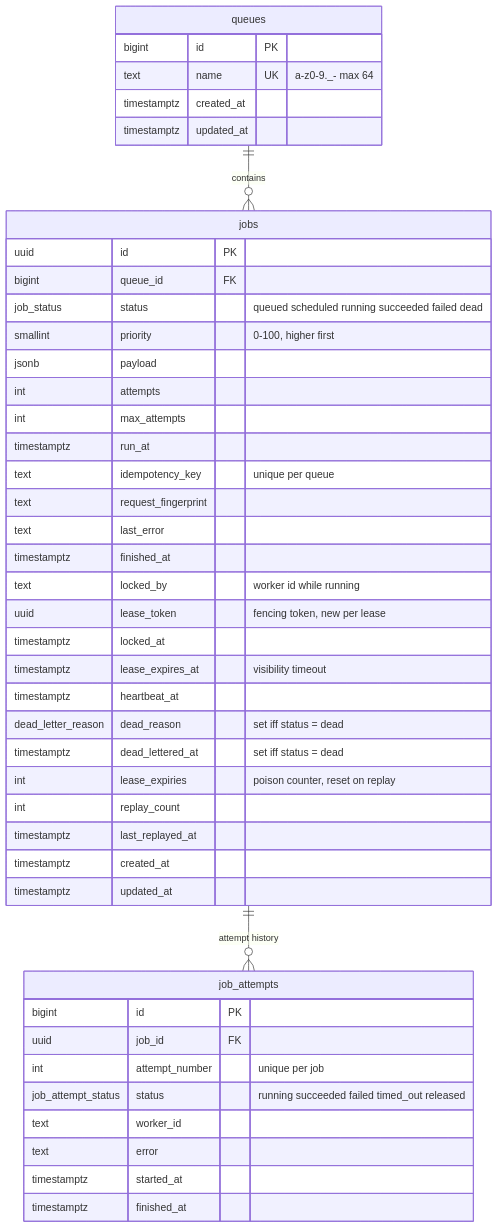
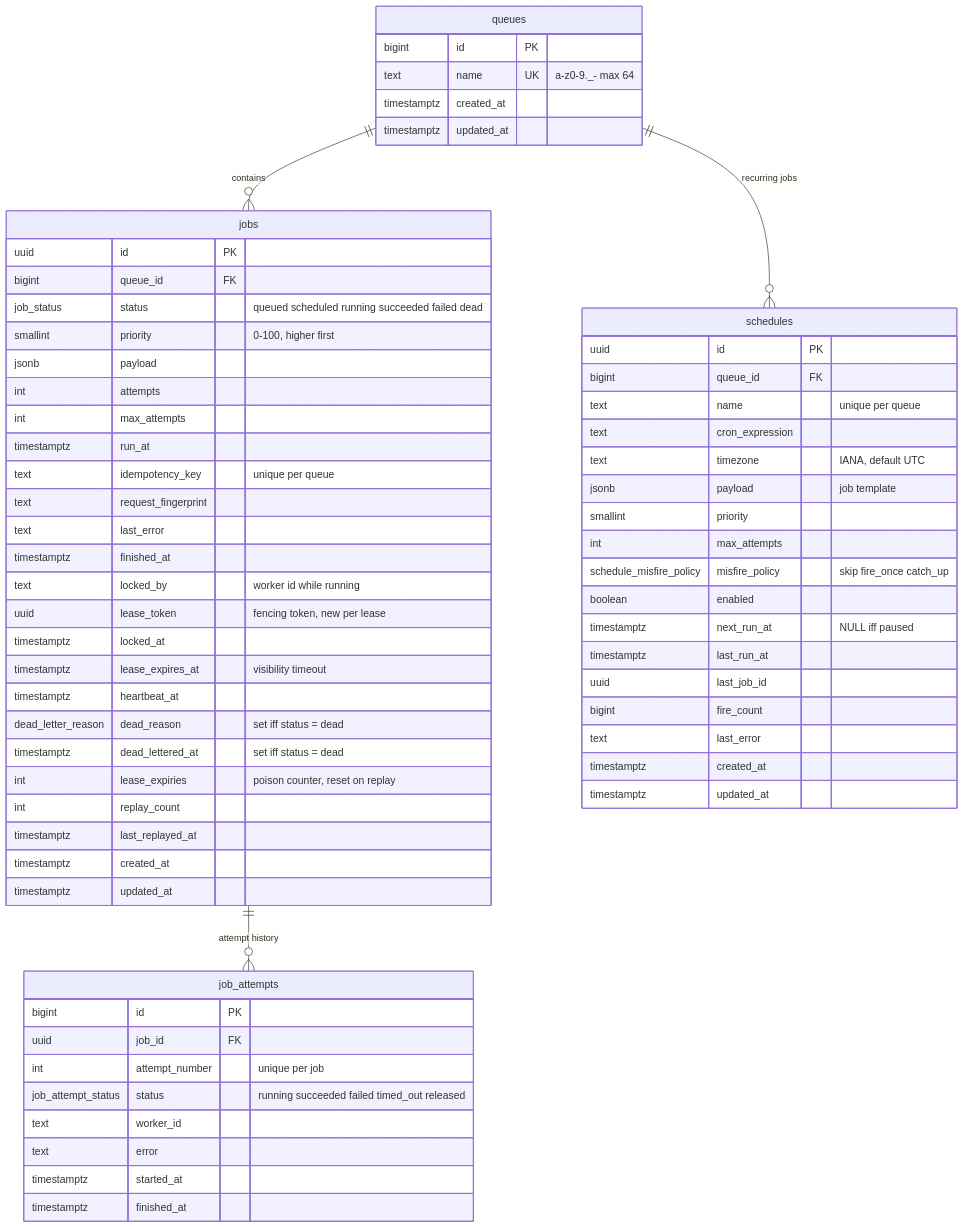
Before and after one commit to smraddhi18/pulsequeue: the seventh of 7 diagrams in README.md, drawn with Mermaid. The commit also changed other lines of this file and 1 other file, not shown here.

Commit message:
docs: document Milestone 4 scheduling and mark it done in the roadmap (1/1)

````diff
--- a/README.md
+++ b/README.md
@@ -261,48 +320,68 @@
 ```mermaid
 erDiagram
     queues ||--o{ jobs : contains
+    queues ||--o{ schedules : "recurring jobs"
     jobs ||--o{ job_attempts : "attempt history"
 
     queues {
         bigint id PK
         text name UK "a-z0-9._- max 64"
         timestamptz created_at
         timestamptz updated_at
     }
     jobs {
         uuid id PK
         bigint queue_id FK
         job_status status "queued scheduled running succeeded failed dead"
         smallint priority "0-100, higher first"
         jsonb payload
         int attempts
         int max_attempts
         timestamptz run_at
         text idempotency_key "unique per queue"
         text request_fingerprint
         text last_error
         timestamptz finished_at
         text locked_by "worker id while running"
         uuid lease_token "fencing token, new per lease"
         timestamptz locked_at
         timestamptz lease_expires_at "visibility timeout"
         timestamptz heartbeat_at
         dead_letter_reason dead_reason "set iff status = dead"
         timestamptz dead_lettered_at "set iff status = dead"
         int lease_expiries "poison counter, reset on replay"
         int replay_count
         timestamptz last_replayed_at
         timestamptz created_at
         timestamptz updated_at
     }
+    schedules {
+        uuid id PK
+        bigint queue_id FK
+        text name "unique per queue"
+        text cron_expression
+        text timezone "IANA, default UTC"
+        jsonb payload "job template"
+        smallint priority
+        int max_attempts
+        schedule_misfire_policy misfire_policy "skip fire_once catch_up"
+        boolean enabled
+        timestamptz next_run_at "NULL iff paused"
+        timestamptz last_run_at
+        uuid last_job_id
+        bigint fire_count
+        text last_error
+        timestamptz created_at
+        timestamptz updated_at
+    }
     job_attempts {
         bigint id PK
         uuid job_id FK
         int attempt_number "unique per job"
         job_attempt_status status "running succeeded failed timed_out released"
         text worker_id
         text error
         timestamptz started_at
         timestamptz finished_at
     }
 ```
````
